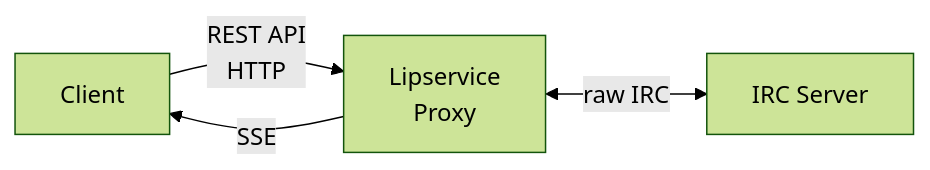
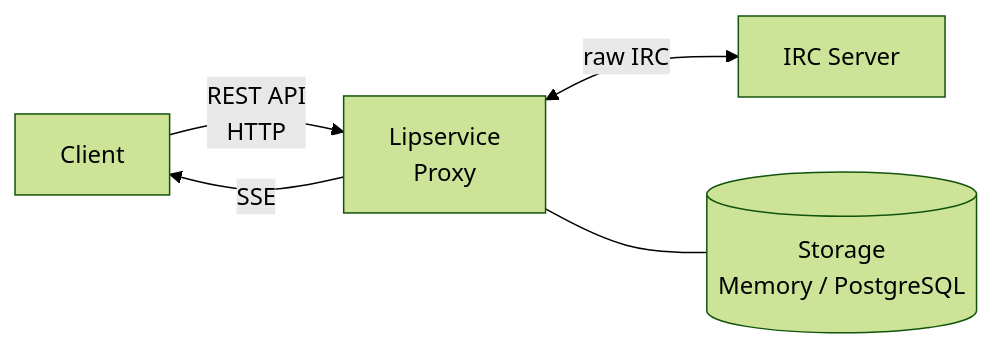
One commit to pacujo/lipservice changed the diagram in doc/client-protocol.md. Above: the diagram before and after it, drawn with Mermaid (forest theme).

Commit message:
Add storage backend to architecture diagram

````diff
--- a/doc/client-protocol.md
+++ b/doc/client-protocol.md
@@ -11,6 +11,7 @@
 ```mermaid
 graph LR
     Client -->|REST API<br/>HTTP| Proxy[Lipservice<br/>Proxy]
     Proxy -->|SSE| Client
     Proxy <-->|raw IRC| Server[IRC Server]
+    Proxy --- Storage[(Storage<br/>Memory / PostgreSQL)]
 ```
````
